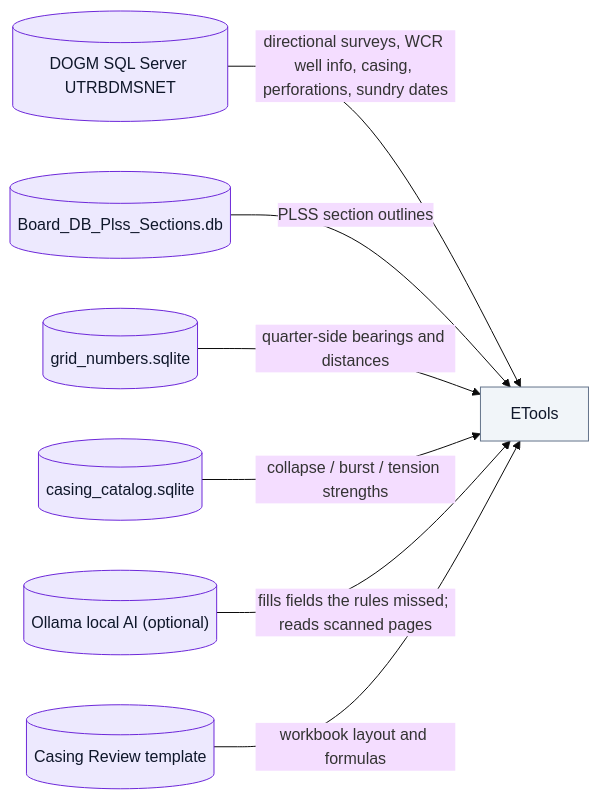
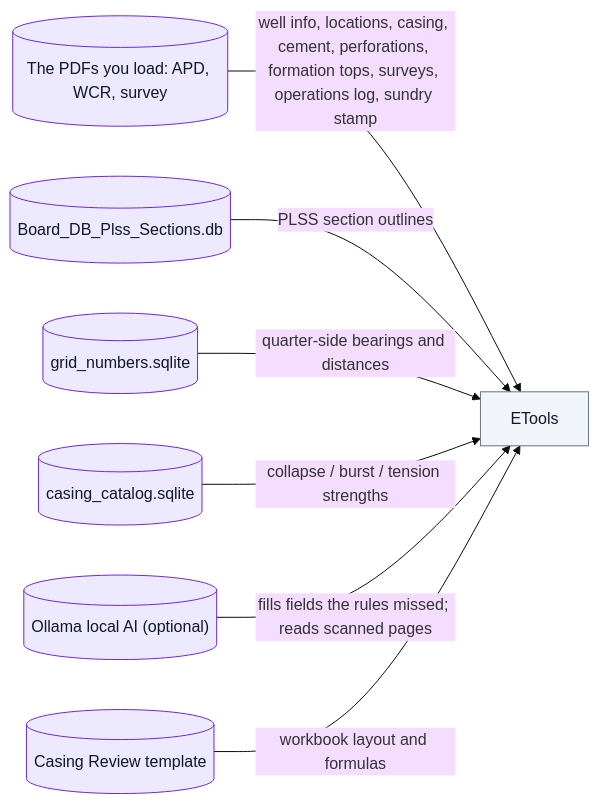
Before and after one commit to clgoodrich/EToolsV3: the sixth of 6 diagrams in etools/docs/app_guide.md, drawn with Mermaid (base theme). The commit also changed other lines of this file and 44 other files, not shown here.

First line of the commit message:
refactor: no SQL Server - read surveys, casing, perf date and sundry from the PDFs

````diff
--- a/etools/docs/app_guide.md
+++ b/etools/docs/app_guide.md
@@ -290,12 +285,12 @@
 ```mermaid
 flowchart LR
     classDef data fill:#ede9fe,stroke:#6d28d9,color:#0f172a
     classDef auto fill:#f1f5f9,stroke:#64748b,color:#0f172a
 
-    D1[("DOGM SQL Server UTRBDMSNET")]:::data -->|"directional surveys, WCR well info, casing, perforations, sundry dates"| E["ETools"]:::auto
+    D1[("The PDFs you load: APD, WCR, survey")]:::data -->|"well info, locations, casing, cement, perforations, formation tops, surveys, operations log, sundry stamp"| E["ETools"]:::auto
     D2[("Board_DB_Plss_Sections.db")]:::data -->|"PLSS section outlines"| E
     D3[("grid_numbers.sqlite")]:::data -->|"quarter-side bearings and distances"| E
     D4[("casing_catalog.sqlite")]:::data -->|"collapse / burst / tension strengths"| E
     D5[("Ollama local AI (optional)")]:::data -->|"fills fields the rules missed; reads scanned pages"| E
     D6[("Casing Review template")]:::data -->|"workbook layout and formulas"| E
 ```
````
